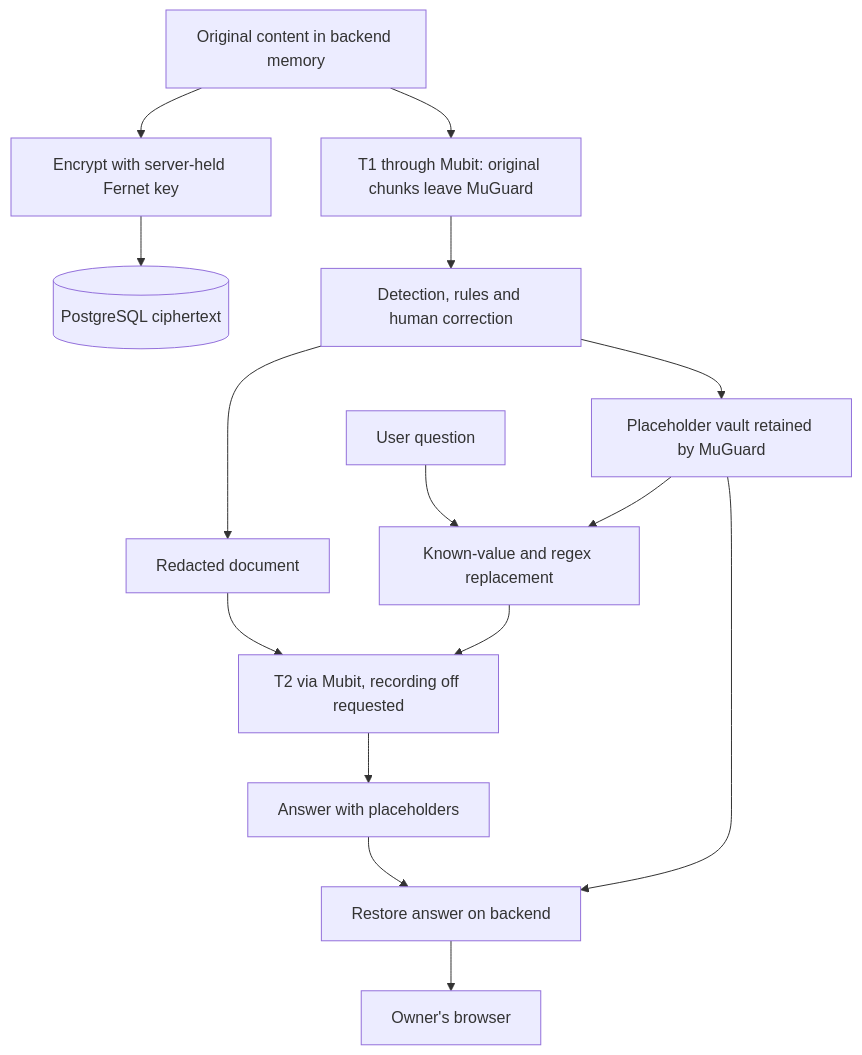
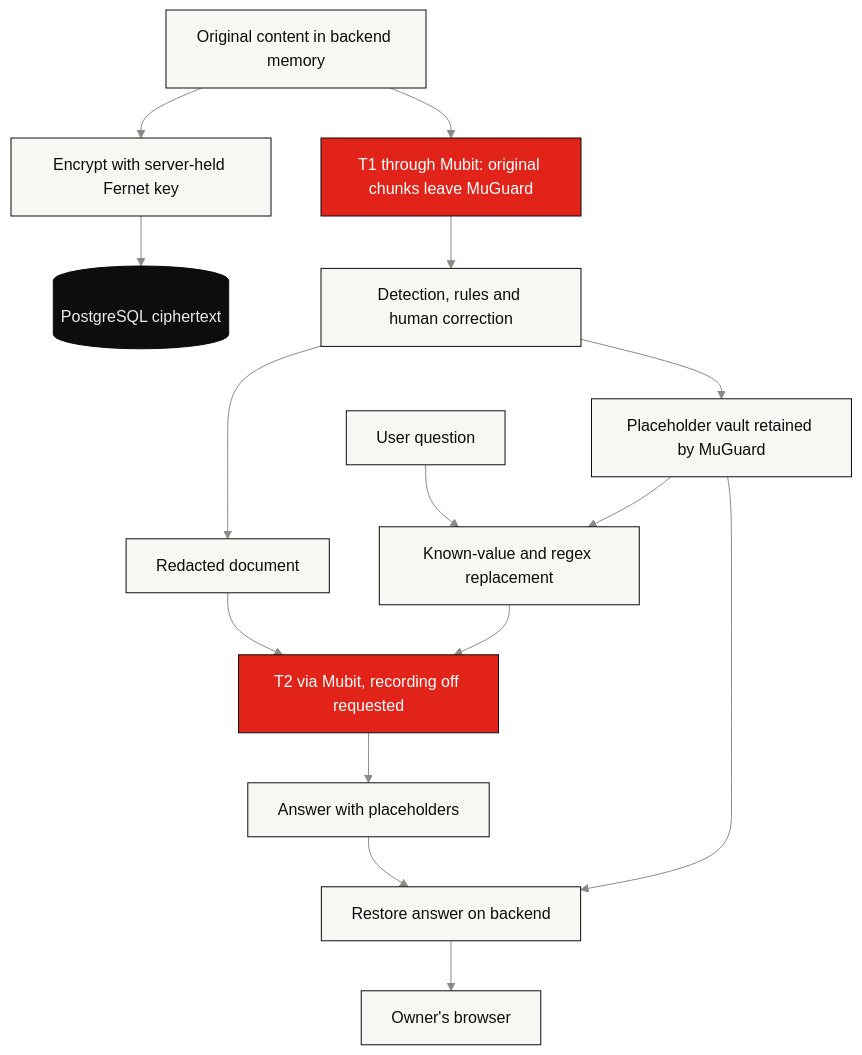
One commit to kolyamkl/night-shift changed the diagram in docs/SECURITY.md. Above: the diagram before and after it, drawn with Mermaid. The commit also changed 9 other files, not shown here.

Commit message:
Docs: diagrams in the README's style, a backend layers picture

````diff
--- a/docs/SECURITY.md
+++ b/docs/SECURITY.md
@@ -26,17 +26,22 @@
 ```mermaid
+%%{init: {"theme": "base", "themeVariables": {"fontFamily": "ui-monospace, SFMono-Regular, Menlo, monospace", "primaryColor": "#f8f7f3", "primaryTextColor": "#0d0d0d", "primaryBorderColor": "#0d0d0d", "lineColor": "#8b8a85", "clusterBkg": "#ecebe5", "clusterBorder": "#0d0d0d", "edgeLabelBackground": "#ecebe5"}}}%%
 flowchart TD
     A["Original content in backend memory"] --> E["Encrypt with server-held Fernet key"]
     E --> D[("PostgreSQL ciphertext")]
     A --> T["T1 through Mubit: original chunks leave MuGuard"]
     T --> R["Detection, rules and human correction"]
     R --> P["Redacted document"]
     R --> V["Placeholder vault retained by MuGuard"]
     Q["User question"] --> F["Known-value and regex replacement"]
     V --> F
     F --> M["T2 via Mubit, recording off requested"]
     P --> M
     M --> B["Answer with placeholders"]
     V --> X["Restore answer on backend"]
     B --> X
     X --> U["Owner's browser"]
+    classDef mubit fill:#e2231a,stroke:#0d0d0d,color:#ffffff
+    classDef ink fill:#0d0d0d,stroke:#0d0d0d,color:#ecebe5
+    class T,M mubit
+    class D ink
 ```
````
